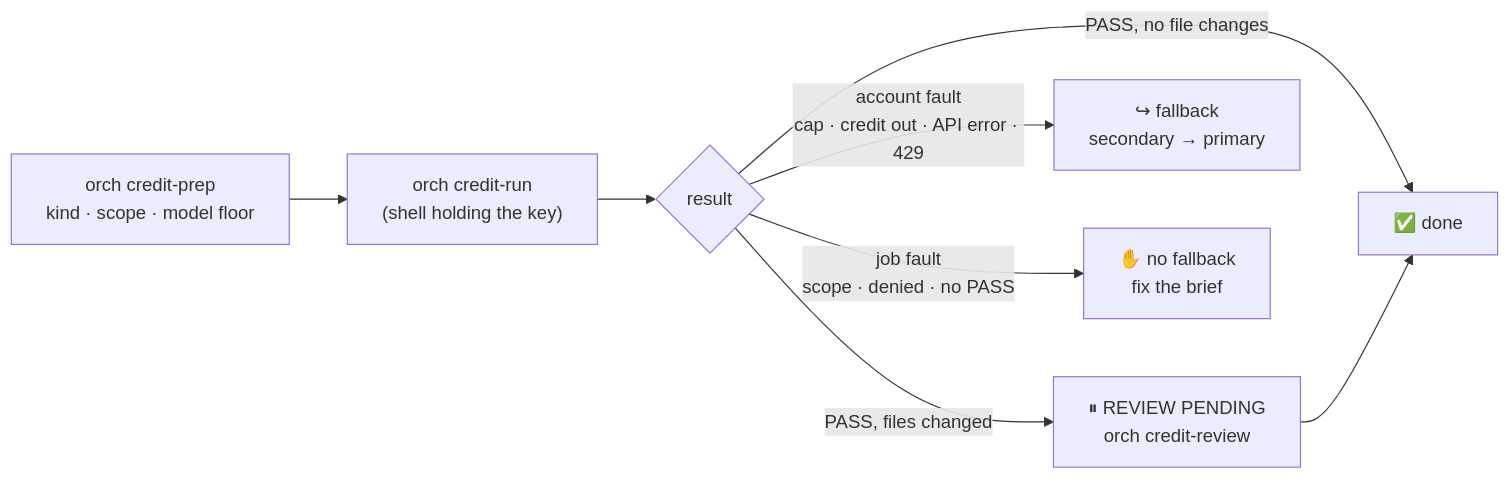
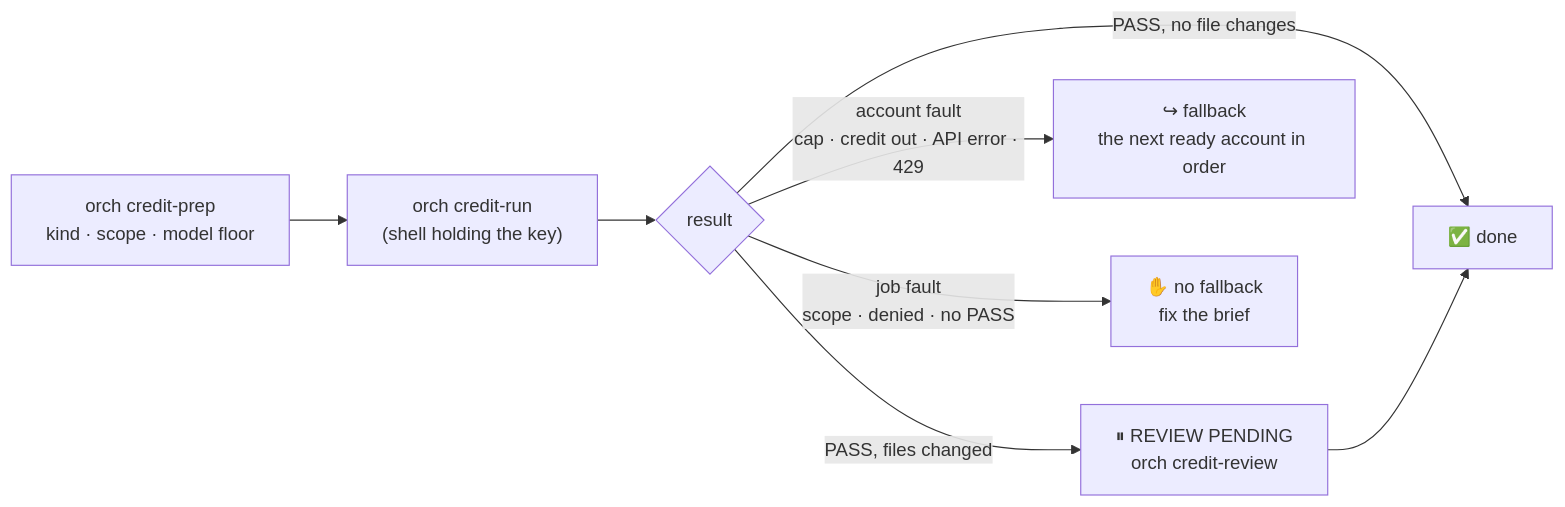
The eighth of 9 diagrams in GUIDE.md (geopjinfo/builder-pipeline), drawn with Mermaid before and after one commit. The commit also changed other lines of this file, not shown here.

Commit message:
M7: GUIDE — the Accounts section replaces Multi-account seats (registry, report, commands, placement, policy gate and pin, rulebook), the 1.0 migration note and the board-loop subsection (REQ-107)

````diff
--- a/GUIDE.md
+++ b/GUIDE.md
@@ -218,9 +293,9 @@
 ```mermaid
 flowchart LR
     PREP["orch credit-prep<br/>kind · scope · model floor"] --> RUN["orch credit-run<br/>(shell holding the key)"]
     RUN --> OK{"result"}
     OK -- "PASS, no file changes" --> DONE["✅ done"]
     OK -- "PASS, files changed" --> REV["⏸ REVIEW PENDING<br/>orch credit-review"] --> DONE
-    OK -- "account fault<br/>cap · credit out · API error · 429" --> FB["↪ fallback<br/>secondary → primary"]
+    OK -- "account fault<br/>cap · credit out · API error · 429" --> FB["↪ fallback<br/>the next ready account in order"]
     OK -- "job fault<br/>scope · denied · no PASS" --> FIXB["✋ no fallback<br/>fix the brief"]
 ```
````
